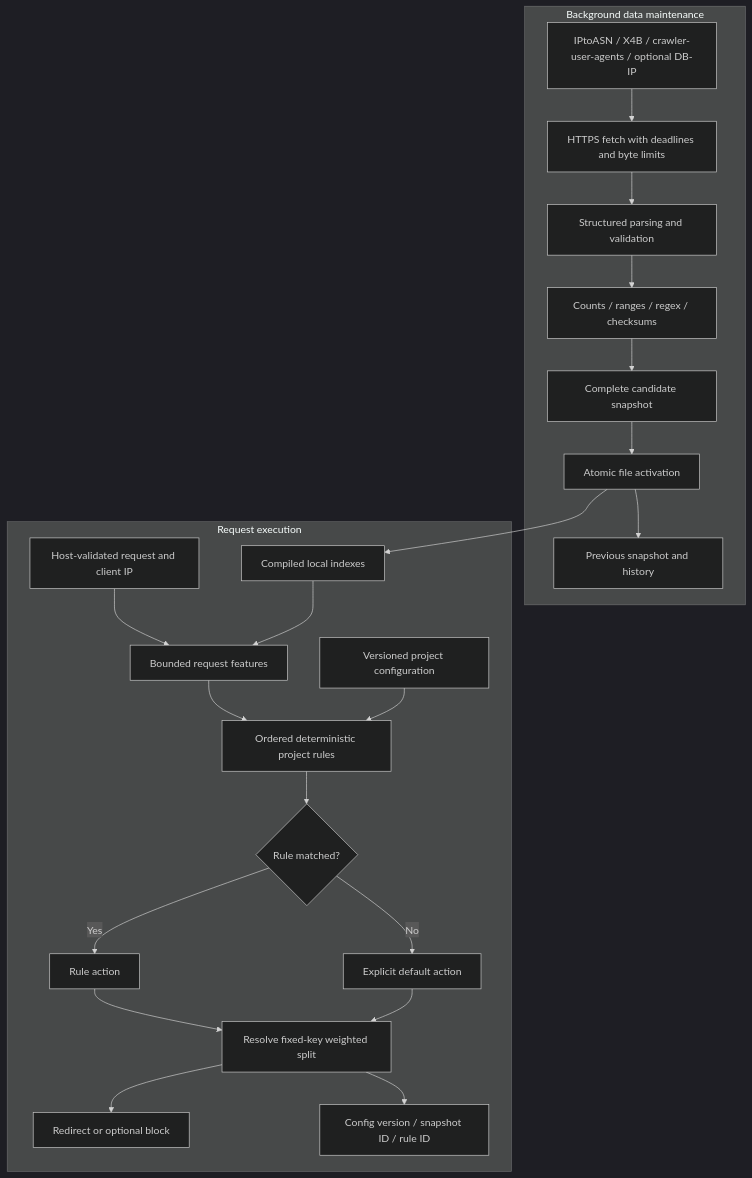
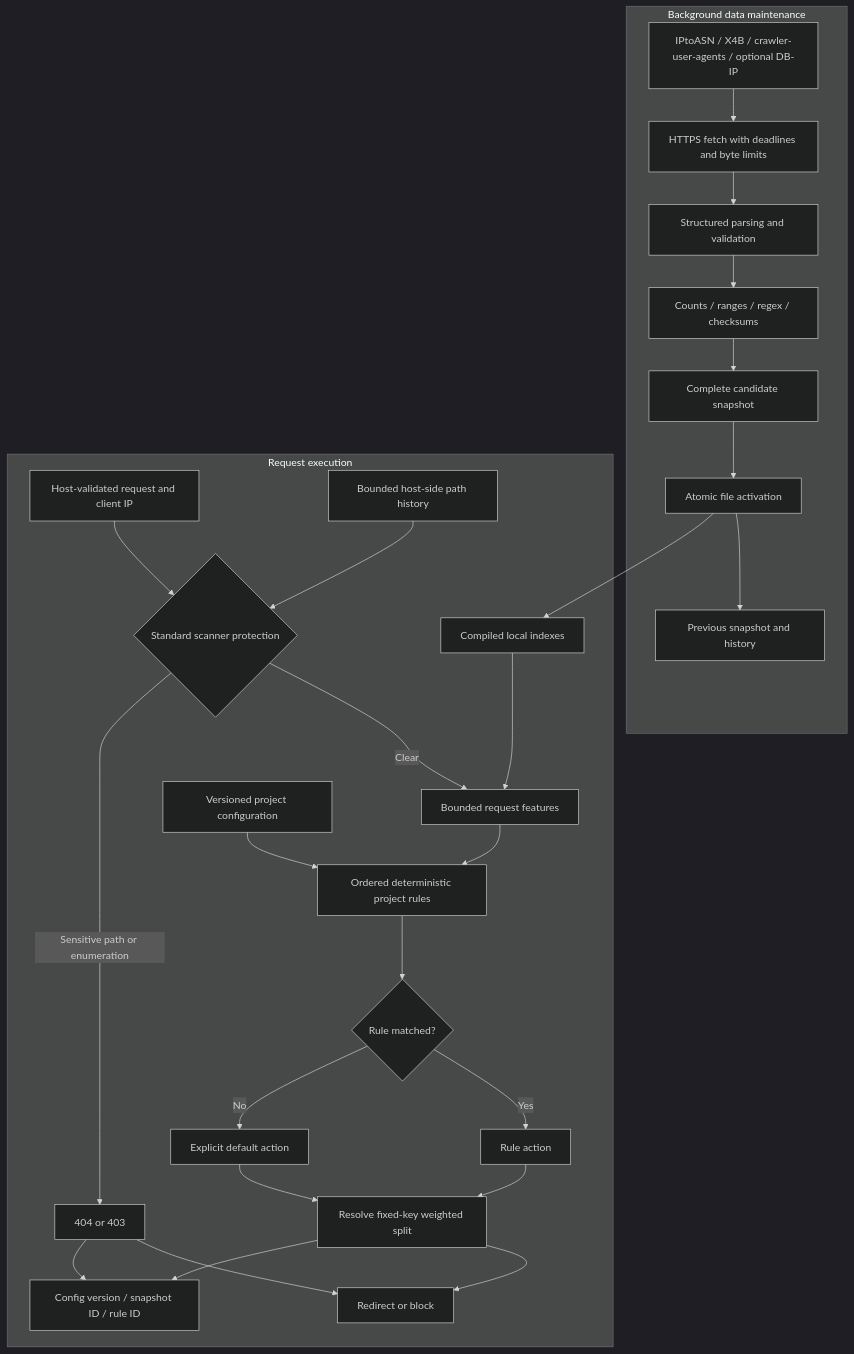
One commit to imphillip/radixing-traffic-engine changed the diagram in docs/architecture.md. Above: the diagram before and after it, drawn with Mermaid (dark theme). The commit also changed other lines of this file and 20 other files, not shown here.

Commit message:
feat: make scanner protection standard in TDS 1.1.0

````diff
--- a/docs/architecture.md
+++ b/docs/architecture.md
@@ -5,25 +5,30 @@
 ```mermaid
 flowchart TB
   subgraph Offline[Background data maintenance]
     Feeds[IPtoASN / X4B / crawler-user-agents / optional DB-IP] --> Download[HTTPS fetch with deadlines and byte limits]
     Download --> Parse[Structured parsing and validation]
     Parse --> Check[Counts / ranges / regex / checksums]
     Check --> Candidate[Complete candidate snapshot]
     Candidate --> Activate[Atomic file activation]
     Activate --> Previous[Previous snapshot and history]
   end
   subgraph Online[Request execution]
-    Ingress[Host-validated request and client IP] --> Enrich[Bounded request features]
+    Ingress[Host-validated request and client IP] --> Guard{Standard scanner protection}
+    Tracker[Bounded host-side path history] --> Guard
+    Guard -->|Clear| Enrich[Bounded request features]
+    Guard -->|Sensitive path or enumeration| Block[404 or 403]
     Activate --> Index[Compiled local indexes]
     Index --> Enrich
     Enrich --> Policy[Ordered deterministic project rules]
     Config[Versioned project configuration] --> Policy
     Policy --> Matched{Rule matched?}
     Matched -->|Yes| Action[Rule action]
     Matched -->|No| Default[Explicit default action]
     Action --> Resolve[Resolve fixed-key weighted split]
     Default --> Resolve
-    Resolve --> Execute[Redirect or optional block]
+    Resolve --> Execute[Redirect or block]
+    Block --> Execute
+    Block --> Evidence
     Resolve --> Evidence[Config version / snapshot ID / rule ID]
   end
 ```
````
